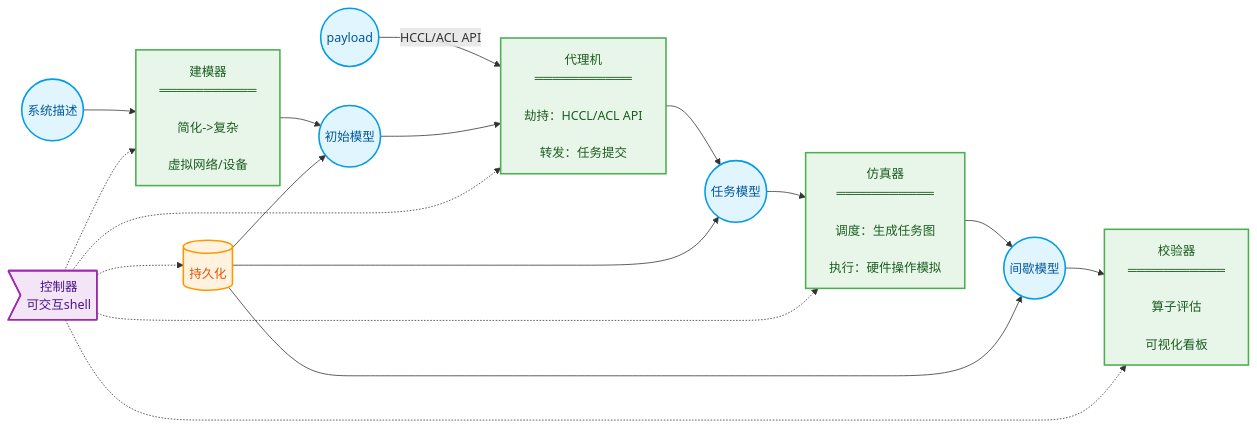
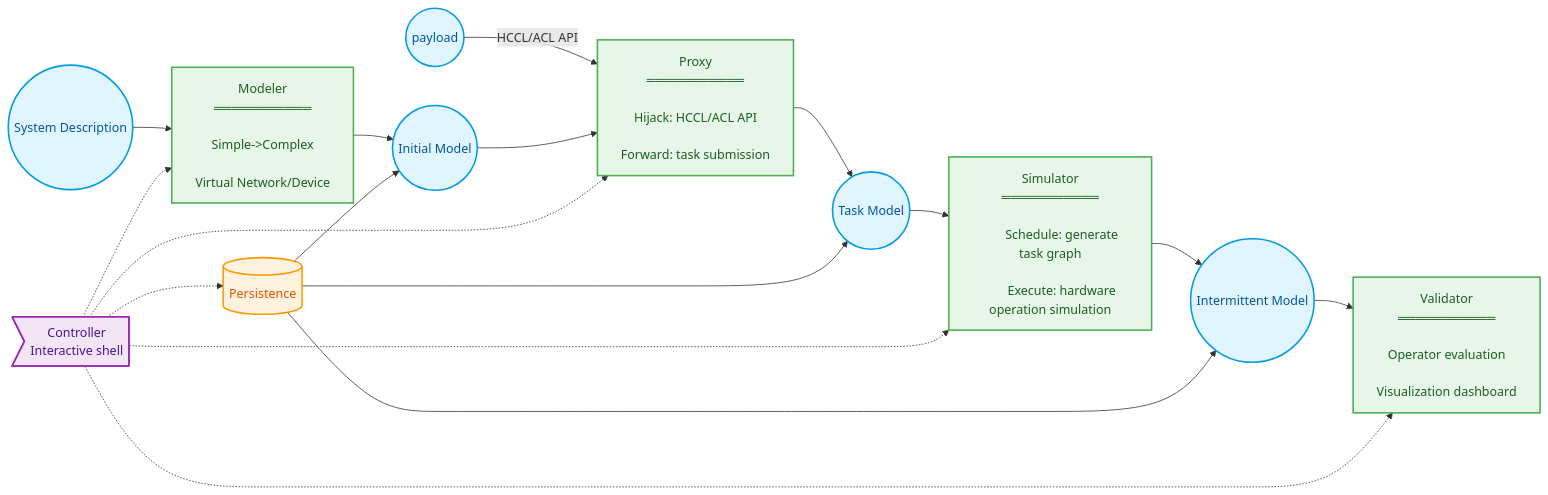
One commit to Atlas-Ascend-Fork/hcomm changed the second of 5 diagrams in test/hccl_vm/docs/hccl_simulator_en.md. Above: the diagram before and after it, drawn with Mermaid. The commit also changed other lines of this file and 73 other files, not shown here.

````diff
--- a/test/hccl_vm/docs/hccl_simulator_en.md
+++ b/test/hccl_vm/docs/hccl_simulator_en.md
@@ -200,48 +200,48 @@
 ```mermaid
 graph LR
 
-    FR1["建模器<br>═══════════<br>
-        简化->复杂<br>
-        虚拟网络/设备<br>"]:::filter
-    FR2.1["代理机<br>═══════════<br>
-        劫持：HCCL/ACL API<br>
-        转发：任务提交"]:::filter
-    FR2.2["仿真器<br>═══════════<br>
-        调度：生成任务图<br>
-        执行：硬件操作模拟"]:::filter
-    FR3["校验器<br>═══════════<br>
-        算子评估<br>
-        可视化看板"]:::filter
-    FR4[("持久化<br>")]:::filter
-    FR5>"控制器<br>可交互shell"]:::filter
+    FR1["Modeler<br>═══════════<br>
+        Simple->Complex<br>
+        Virtual Network/Device<br>"]:::filter
+    FR2.1["Proxy<br>═══════════<br>
+        Hijack: HCCL/ACL API<br>
+        Forward: task submission"]:::filter
+    FR2.2["Simulator<br>═══════════<br>
+        Schedule: generate task graph<br>
+        Execute: hardware operation simulation"]:::filter
+    FR3["Validator<br>═══════════<br>
+        Operator evaluation<br>
+        Visualization dashboard"]:::filter
+    FR4[("Persistence<br>")]:::filter
+    FR5>"Controller<br>Interactive shell"]:::filter
 
-    %% ===== 负载 =====
+    %% ===== Payload =====
     input((payload)):::data -->|HCCL/ACL API| FR2.1
 
-    %% ===== 数据流 =====
-    A((系统描述)):::data --> FR1
-    FR1 --> B((初始模型)):::data
+    %% ===== Data Flow =====
+    A((System Description)):::data --> FR1
+    FR1 --> B((Initial Model)):::data
     B --> FR2.1
-    FR2.1 --> C((任务模型)):::data
+    FR2.1 --> C((Task Model)):::data
     C --> FR2.2
-    FR2.2 --> D((间歇模型)):::data
+    FR2.2 --> D((Intermittent Model)):::data
     D --> FR3
 
-    %% ===== 存储 =====
+    %% ===== Storage =====
     FR4:::storageNode --> B
     FR4 --> C
     FR4 --> D
 
-    %% ===== 控制流 =====
+    %% ===== Control Flow =====
     FR5:::controlNode -.-> FR1
     FR5 -.-> FR2.1
     FR5 -.-> FR2.2
     FR5 -.-> FR3
     FR5 -.-> FR4
 
-    %% ===== 样式定义 =====
+    %% ===== Style Definitions =====
     classDef data fill:#E1F5FE,stroke:#039BE5,stroke-width:2px,color:#01579B;
     classDef filter fill:#E8F5E9,stroke:#4CAF50,stroke-width:2px,color:#1B5E20;
     classDef storageNode fill:#FFF3E0,stroke:#FF9800,stroke-width:2px,color:#E65100;
     classDef controlNode fill:#F3E5F5,stroke:#9C27B0,stroke-width:2px,color:#4A148C;
 ```
````
